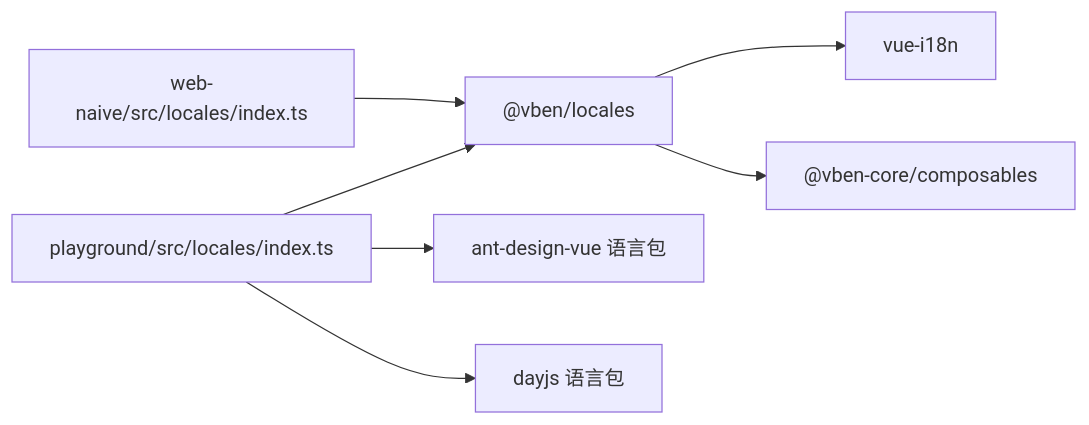
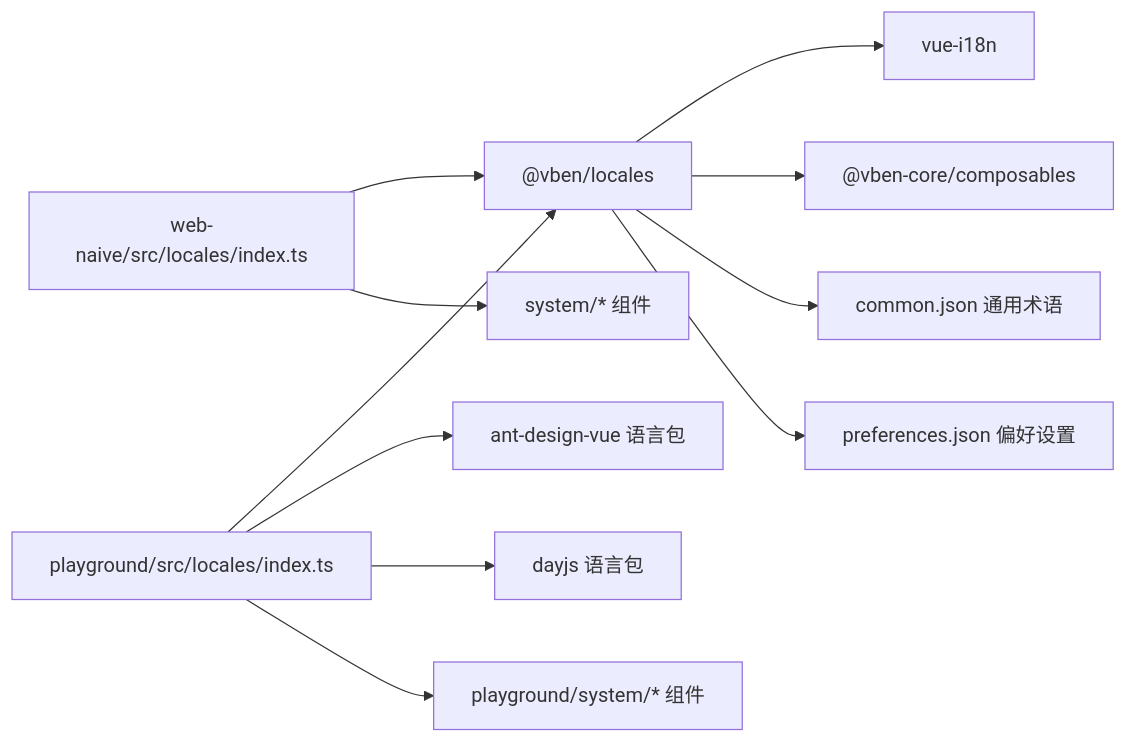
One commit to ShiRuYu/shiyu-ui changed the fifth of 5 diagrams in .qoder/repowiki/zh/content/国际化系统/国际化系统.md. Above: the diagram before and after it, drawn with Mermaid. The commit also changed other lines of this file and 37 other files, not shown here.

````diff
--- a/.qoder/repowiki/zh/content/国际化系统/国际化系统.md
+++ b/.qoder/repowiki/zh/content/国际化系统/国际化系统.md
@@ -266,9 +549,13 @@
 ```mermaid
 graph LR
 WebNaive["web-naive/src/locales/index.ts"] --> Locales["@vben/locales"]
 Playground["playground/src/locales/index.ts"] --> Locales
 Locales --> VueI18n["vue-i18n"]
 Locales --> Composables["@vben-core/composables"]
 Playground --> Antd["ant-design-vue 语言包"]
 Playground --> Dayjs["dayjs 语言包"]
+WebNaive --> SystemViews["system/* 组件"]
+Playground --> PlaygroundSystem["playground/system/* 组件"]
+Locales --> CommonTerms["common.json 通用术语"]
+Locales --> PrefTerms["preferences.json 偏好设置"]
 ```
````
